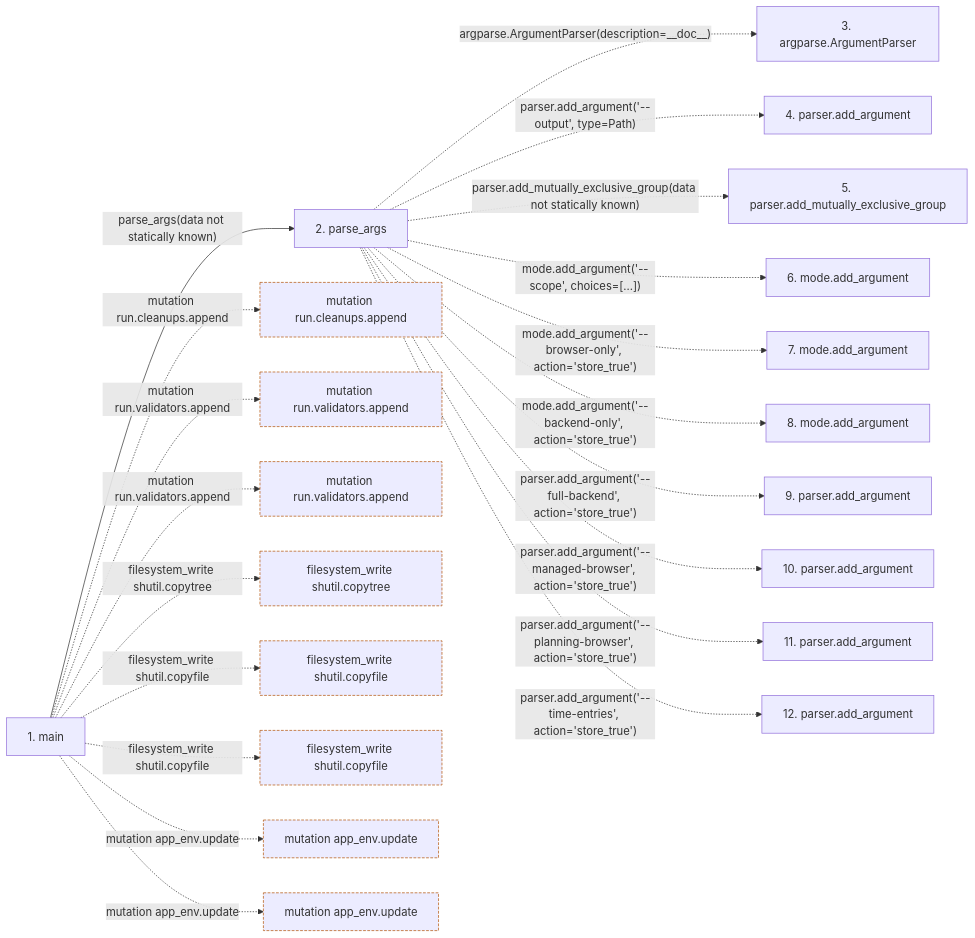
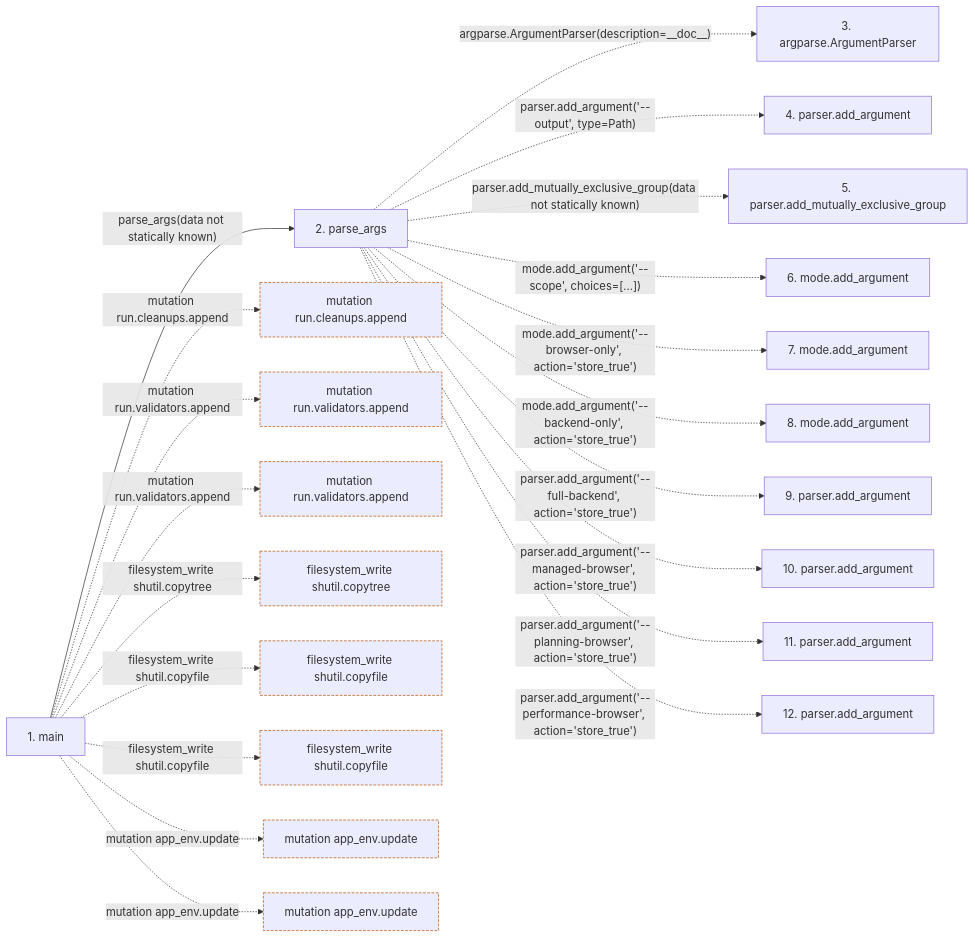
One commit to Denissvgn/WorkChord changed the second of 2 diagrams in docs/llm_wiki/flows/process-run_disposable_checks.md. Above: the diagram before and after it, drawn with Mermaid. The commit also changed other lines of this file and 339 other files, not shown here.

````diff
--- a/docs/llm_wiki/flows/process-run_disposable_checks.md
+++ b/docs/llm_wiki/flows/process-run_disposable_checks.md
@@ -71,53 +69,53 @@
 ```mermaid
 flowchart LR
     s1["1. main"]
     s2["2. parse_args"]
     s3["3. argparse.ArgumentParser"]
     s4["4. parser.add_argument"]
     s5["5. parser.add_mutually_exclusive_group"]
     s6["6. mode.add_argument"]
     s7["7. mode.add_argument"]
     s8["8. mode.add_argument"]
     s9["9. parser.add_argument"]
     s10["10. parser.add_argument"]
     s11["11. parser.add_argument"]
     s12["12. parser.add_argument"]
     s1 -->|"parse_args(data not statically known)"| s2
     s2 -. "argparse.ArgumentParser(description=__doc__)" .-> s3
     s2 -. "parser.add_argument('--output', type=Path)" .-> s4
     s2 -. "parser.add_mutually_exclusive_group(data not statically known)" .-> s5
     s2 -. "mode.add_argument('--scope', choices=[...])" .-> s6
     s2 -. "mode.add_argument('--browser-only', action='store_true')" .-> s7
     s2 -. "mode.add_argument('--backend-only', action='store_true')" .-> s8
     s2 -. "parser.add_argument('--full-backend', action='store_true')" .-> s9
     s2 -. "parser.add_argument('--managed-browser', action='store_true')" .-> s10
     s2 -. "parser.add_argument('--planning-browser', action='store_true')" .-> s11
-    s2 -. "parser.add_argument('--time-entries', action='store_true')" .-> s12
+    s2 -. "parser.add_argument('--performance-browser', action='store_true')" .-> s12
     b0["mutation run.cleanups.append"]
     s1 -. "mutation run.cleanups.append" .-> b0
     b1["mutation run.validators.append"]
     s1 -. "mutation run.validators.append" .-> b1
     b2["mutation run.validators.append"]
     s1 -. "mutation run.validators.append" .-> b2
     b3["filesystem_write shutil.copytree"]
     s1 -. "filesystem_write shutil.copytree" .-> b3
     b4["filesystem_write shutil.copyfile"]
     s1 -. "filesystem_write shutil.copyfile" .-> b4
     b5["filesystem_write shutil.copyfile"]
     s1 -. "filesystem_write shutil.copyfile" .-> b5
     b6["mutation app_env.update"]
     s1 -. "mutation app_env.update" .-> b6
     b7["mutation app_env.update"]
     s1 -. "mutation app_env.update" .-> b7
     click s1 "../modules/run_disposable_checks.md"
     click s2 "../modules/run_disposable_checks.md"
     classDef boundary stroke:#b45309,stroke-dasharray: 4 2
     class b0 boundary
     class b1 boundary
     class b2 boundary
     class b3 boundary
     class b4 boundary
     class b5 boundary
     class b6 boundary
     class b7 boundary
 ```
````
